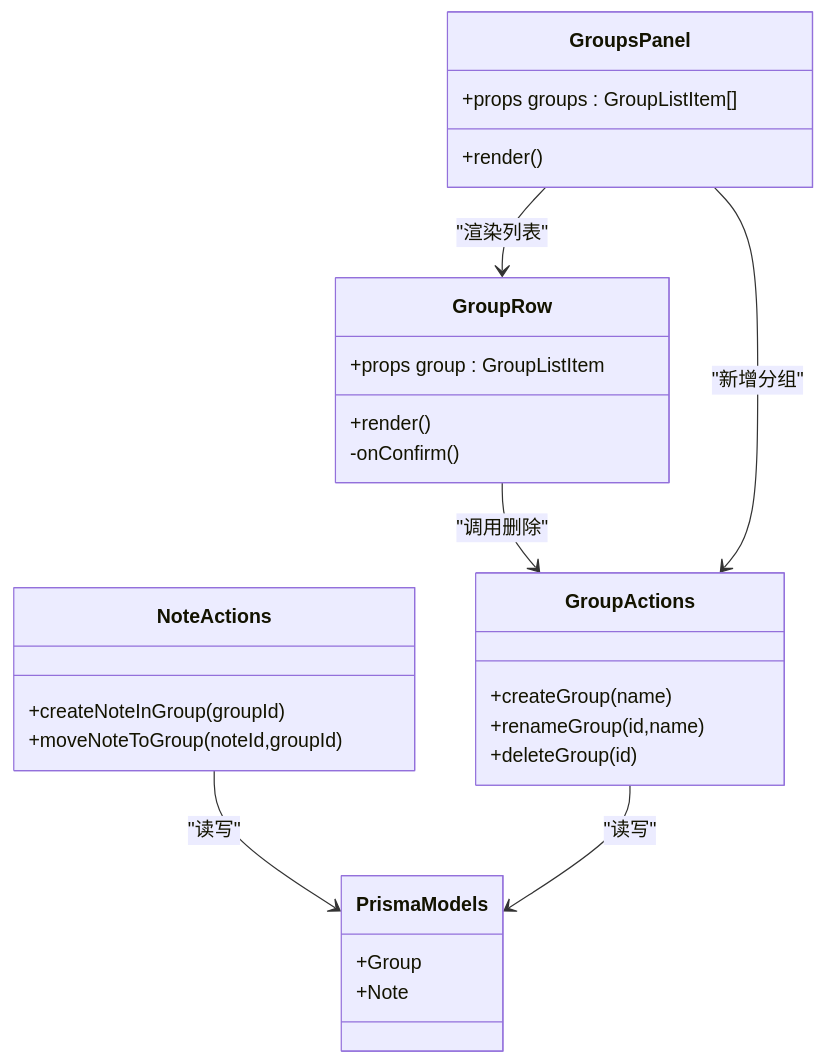
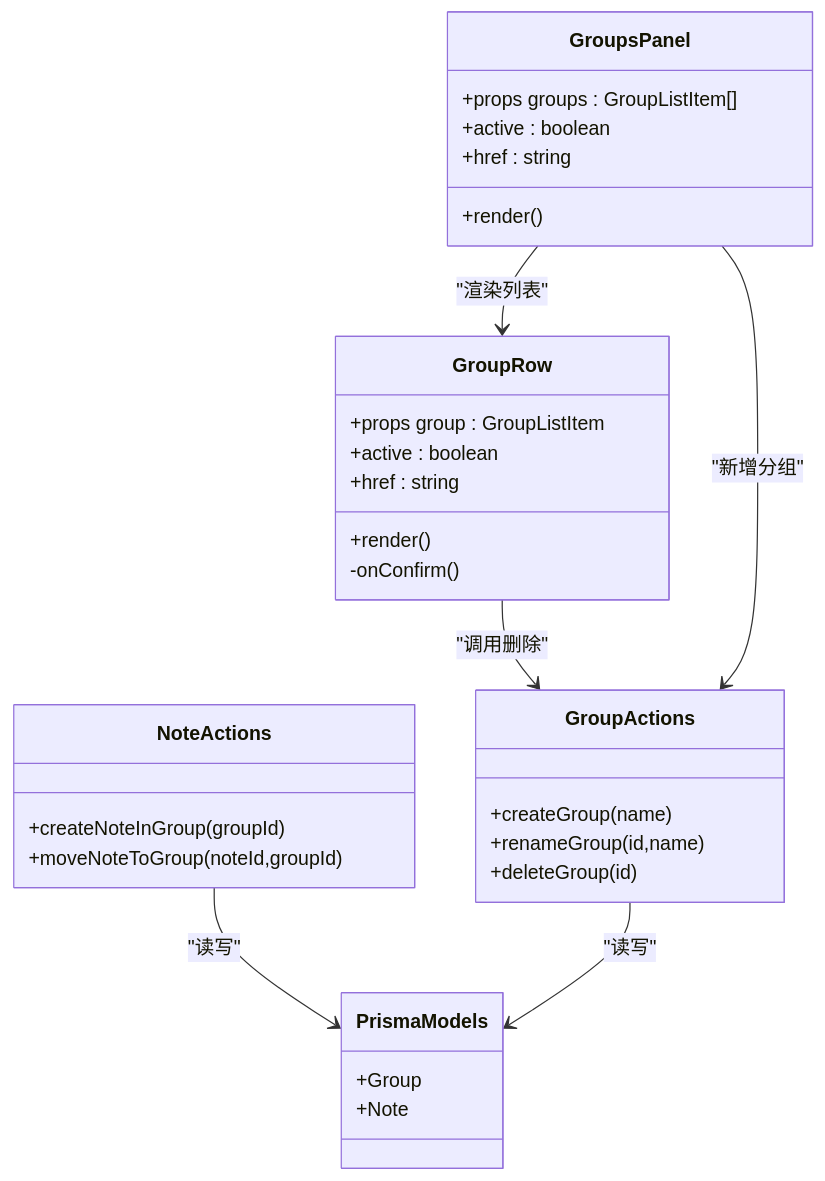
One commit to qiuziGirl/smart-todo changed the fifth of 8 diagrams in .qoder/repowiki/zh/content/便签管理系统/分组管理系统.md. Above: the diagram before and after it, drawn with Mermaid. The commit also changed other lines of this file and 8 other files, not shown here.

````diff
--- a/.qoder/repowiki/zh/content/便签管理系统/分组管理系统.md
+++ b/.qoder/repowiki/zh/content/便签管理系统/分组管理系统.md
@@ -205,30 +218,34 @@
 ```mermaid
 classDiagram
 class GroupsPanel {
 +props groups : GroupListItem[]
 +render()
++active : boolean
++href : string
 }
 class GroupRow {
 +props group : GroupListItem
 +render()
++active : boolean
++href : string
 -onConfirm()
 }
 class GroupActions {
 +createGroup(name)
 +renameGroup(id,name)
 +deleteGroup(id)
 }
 class NoteActions {
 +createNoteInGroup(groupId)
 +moveNoteToGroup(noteId,groupId)
 }
 class PrismaModels {
 +Group
 +Note
 }
 GroupsPanel --> GroupRow : "渲染列表"
 GroupRow --> GroupActions : "调用删除"
 GroupsPanel --> GroupActions : "新增分组"
 NoteActions --> PrismaModels : "读写"
 GroupActions --> PrismaModels : "读写"
 ```
````
